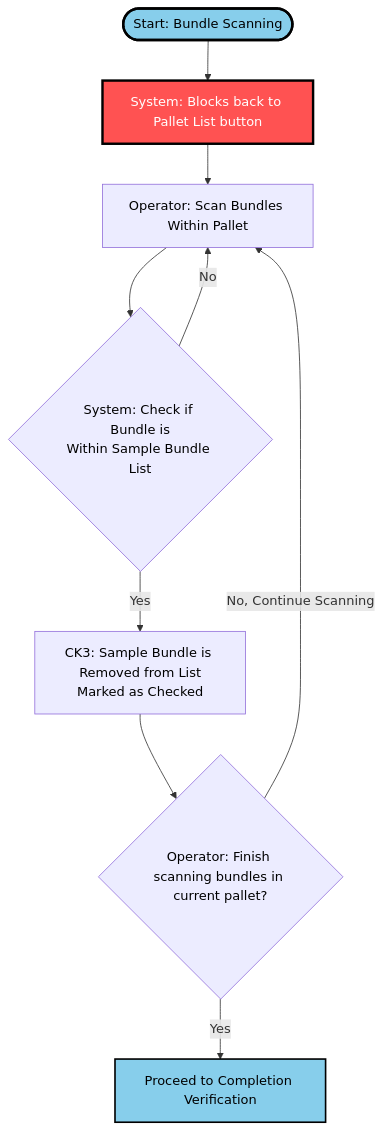
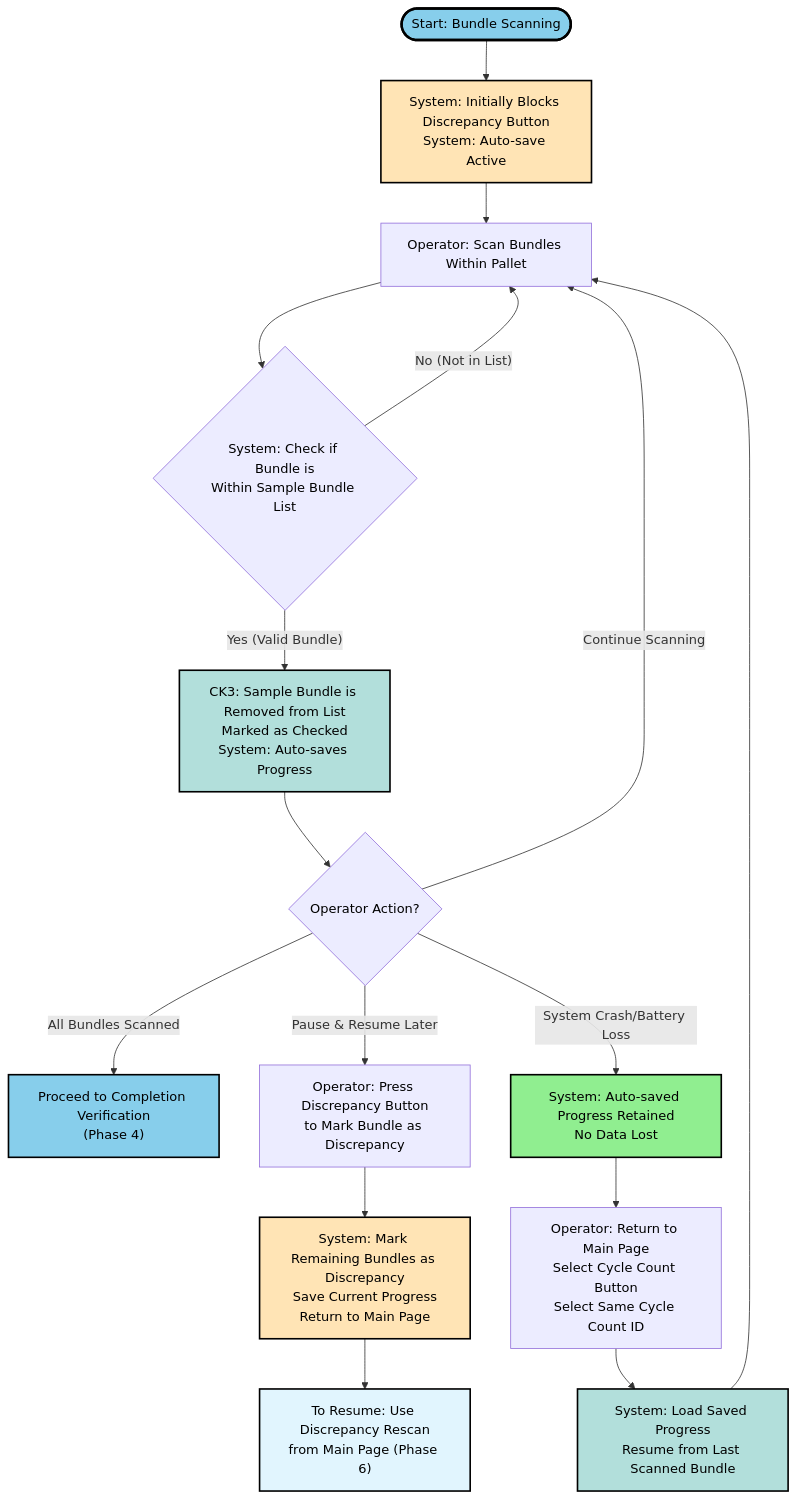
Before and after one commit to kohjs/RMC-Cycle-Count: the fourth of 8 diagrams in workflow.md, drawn with Mermaid. The commit also changed other lines of this file, not shown here.

````diff
--- a/workflow.md
+++ b/workflow.md
@@ -87,20 +121,33 @@
 ```mermaid
 flowchart TD
-    Start(["Start: Bundle Scanning"]) --> n9["System: Blocks back to Pallet List button"]
-    n1["Operator: Scan Bundles Within Pallet"] --> n2{"System: Check if Bundle is<br>Within Sample Bundle List"}
-    n2 -- No --> n1
-    n3["CK3: Sample Bundle is Removed from List<br>Marked as Checked"] --> n7{"Operator: Finish scanning bundles in current pallet?"}
-    n7 -- Yes --> n8["Proceed to Completion Verification"]
-    n7 -- No, Continue Scanning --> n1
-    n2 -- Yes --> n3
-    n9 --> n1
+    Start(["Start: Bundle Scanning"]) --> n9["System: Initially Blocks Discrepancy Button<br>System: Auto-save Active"]
+    n9 --> n1["Operator: Scan Bundles Within Pallet"]
+    n1 --> n2{"System: Check if Bundle is<br>Within Sample Bundle List"}
+    n2 -- "No (Not in List)" --> n1
+    n2 -- "Yes (Valid Bundle)" --> n3["CK3: Sample Bundle is Removed from List<br>Marked as Checked<br>System: Auto-saves Progress"]
+    n3 --> n7{"Operator Action?"}
+    n7 -- "Continue Scanning" --> n1
+    n7 -- "All Bundles Scanned" --> n8["Proceed to Completion Verification<br>(Phase 4)"]
+    n7 -- "Pause & Resume Later" --> n10["Operator: Press Discrepancy Button<br>to Mark Bundle as Discrepancy"]
+    n10 --> n11["System: Mark Remaining Bundles as Discrepancy<br>Save Current Progress<br>Return to Main Page"]
+    n11 --> n12["To Resume: Use Discrepancy Rescan<br>from Main Page (Phase 6)"]
+    n7 -- "System Crash/Battery Loss" --> n13["System: Auto-saved Progress Retained<br>No Data Lost"]
+    n13 --> n14["Operator: Return to Main Page<br>Select Cycle Count Button<br>Select Same Cycle Count ID"]
+    n14 --> n15["System: Load Saved Progress<br>Resume from Last Scanned Bundle"]
+    n15 --> n1
 
     n9@{ shape: rect}
     style Start fill:#87CEEB,stroke:#000,stroke-width:3px,color:#000
+    style n9 fill:#FFE4B5,stroke:#000,stroke-width:2px,color:#000
     style n1 color:#000
     style n2 color:#000
-    style n3 color:#000
+    style n3 fill:#B2DFDB,stroke:#000,stroke-width:2px,color:#000
     style n7 color:#000
     style n8 fill:#87CEEB,stroke:#000,stroke-width:2px,color:#000
-    style n9 fill:#FF5252,stroke:#000,stroke-width:3px,color:#FFF
+    style n10 color:#000
+    style n11 fill:#FFE4B5,stroke:#000,stroke-width:2px,color:#000
+    style n12 fill:#E1F5FE,stroke:#000,stroke-width:2px,color:#000
+    style n13 fill:#90EE90,stroke:#000,stroke-width:2px,color:#000
+    style n14 color:#000
+    style n15 fill:#B2DFDB,stroke:#000,stroke-width:2px,color:#000
 ```
````
